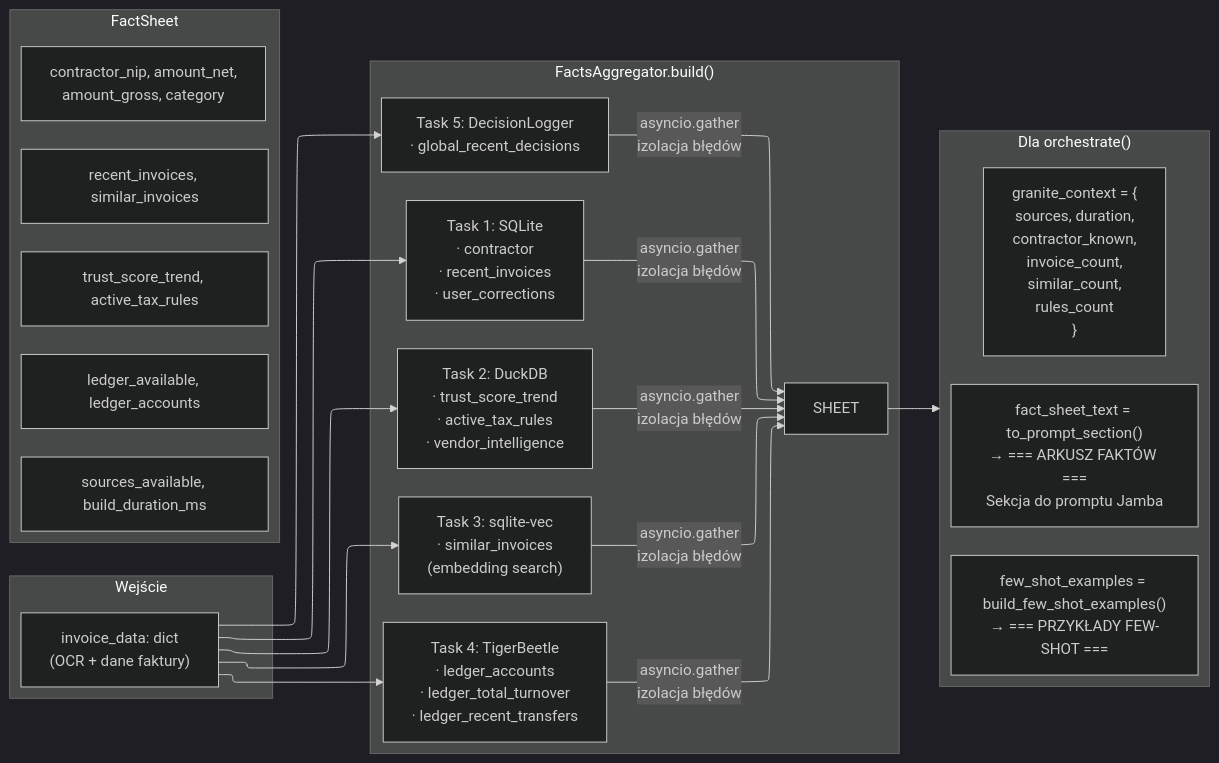
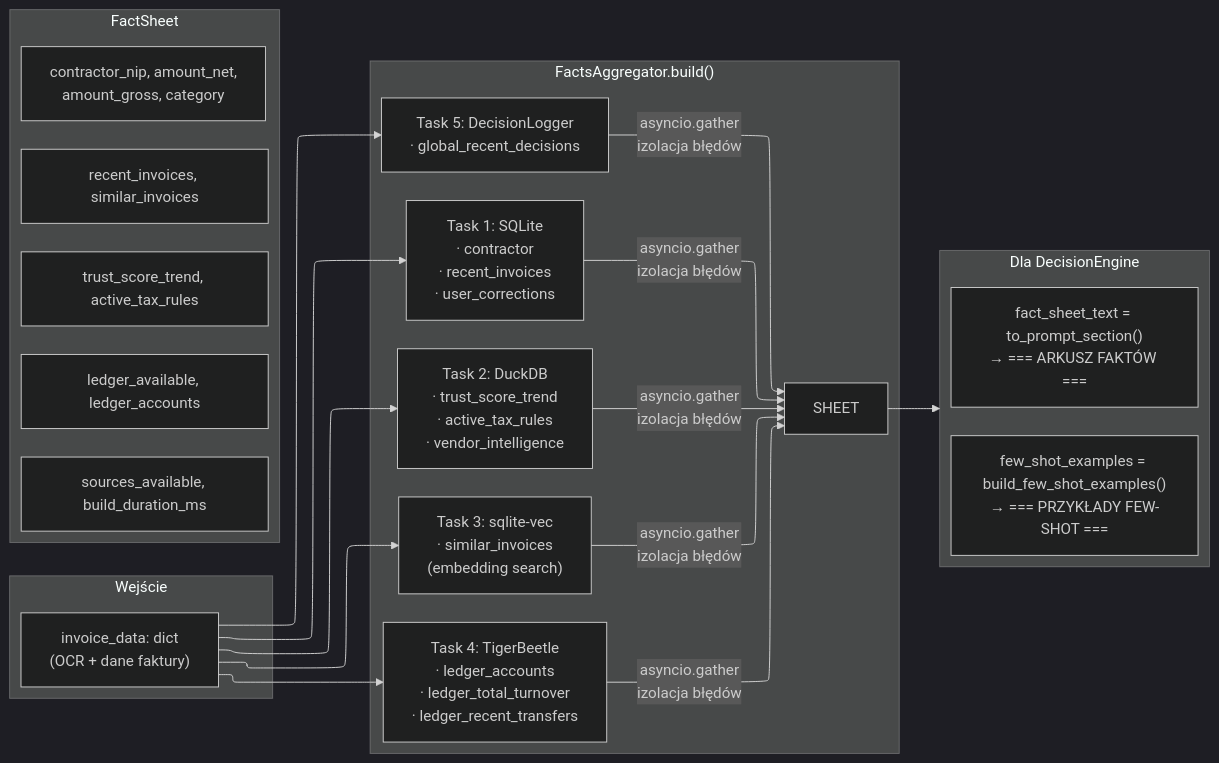
One commit to Gorski-Maciej/NexusAI changed the second of 7 diagrams in docs/DECISION_FLOW.md. Above: the diagram before and after it, drawn with Mermaid. The commit also changed other lines of this file and 74 other files, not shown here.

````diff
--- a/docs/DECISION_FLOW.md
+++ b/docs/DECISION_FLOW.md
@@ -108,39 +79,38 @@
 ```mermaid
 %%{init: {"flowchart": {"defaultRenderer": "elk"}, "theme": "dark"}}%%
 flowchart LR
     subgraph Input["Wejście"]
         I1["invoice_data: dict\n(OCR + dane faktury)"]
     end
 
     subgraph Build["FactsAggregator.build()"]
         direction TB
         T1["Task 1: SQLite\n· contractor\n· recent_invoices\n· user_corrections"]
         T2["Task 2: DuckDB\n· trust_score_trend\n· active_tax_rules\n· vendor_intelligence"]
         T3["Task 3: sqlite-vec\n· similar_invoices\n  (embedding search)"]
         T4["Task 4: TigerBeetle\n· ledger_accounts\n· ledger_total_turnover\n· ledger_recent_transfers"]
         T5["Task 5: DecisionLogger\n· global_recent_decisions"]
         T1 & T2 & T3 & T4 & T5 -->|"asyncio.gather\nizolacja błędów"| SHEET
     end
 
     subgraph Sheet["FactSheet"]
         direction TB
         S1["contractor_nip, amount_net,\namount_gross, category"]
         S2["recent_invoices, similar_invoices"]
         S3["trust_score_trend, active_tax_rules"]
         S4["ledger_available, ledger_accounts"]
         S5["sources_available, build_duration_ms"]
     end
 
-    subgraph Output["Dla orchestrate()"]
-        O1["fact_sheet_text = to_prompt_section()\n→ === ARKUSZ FAKTÓW ===\nSekcja do promptu Jamba"]
+    subgraph Output["Dla DecisionEngine"]
+        O1["fact_sheet_text = to_prompt_section()\n→ === ARKUSZ FAKTÓW ==="]
         O2["few_shot_examples = build_few_shot_examples()\n→ === PRZYKŁADY FEW-SHOT ==="]
-        O3["granite_context = {\n  sources, duration,\n  contractor_known,\n  invoice_count,\n  similar_count,\n  rules_count\n}"]
     end
 
     I1 --> T1
     I1 --> T2
     I1 --> T3
     I1 --> T4
     I1 --> T5
     SHEET --> Output
 ```
````
